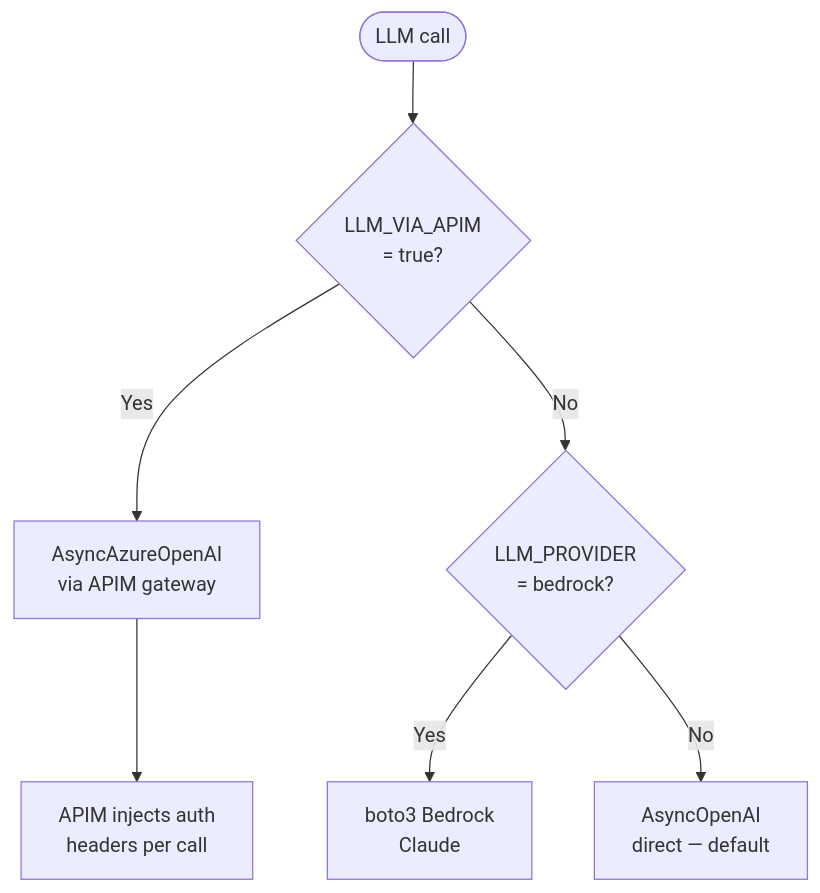
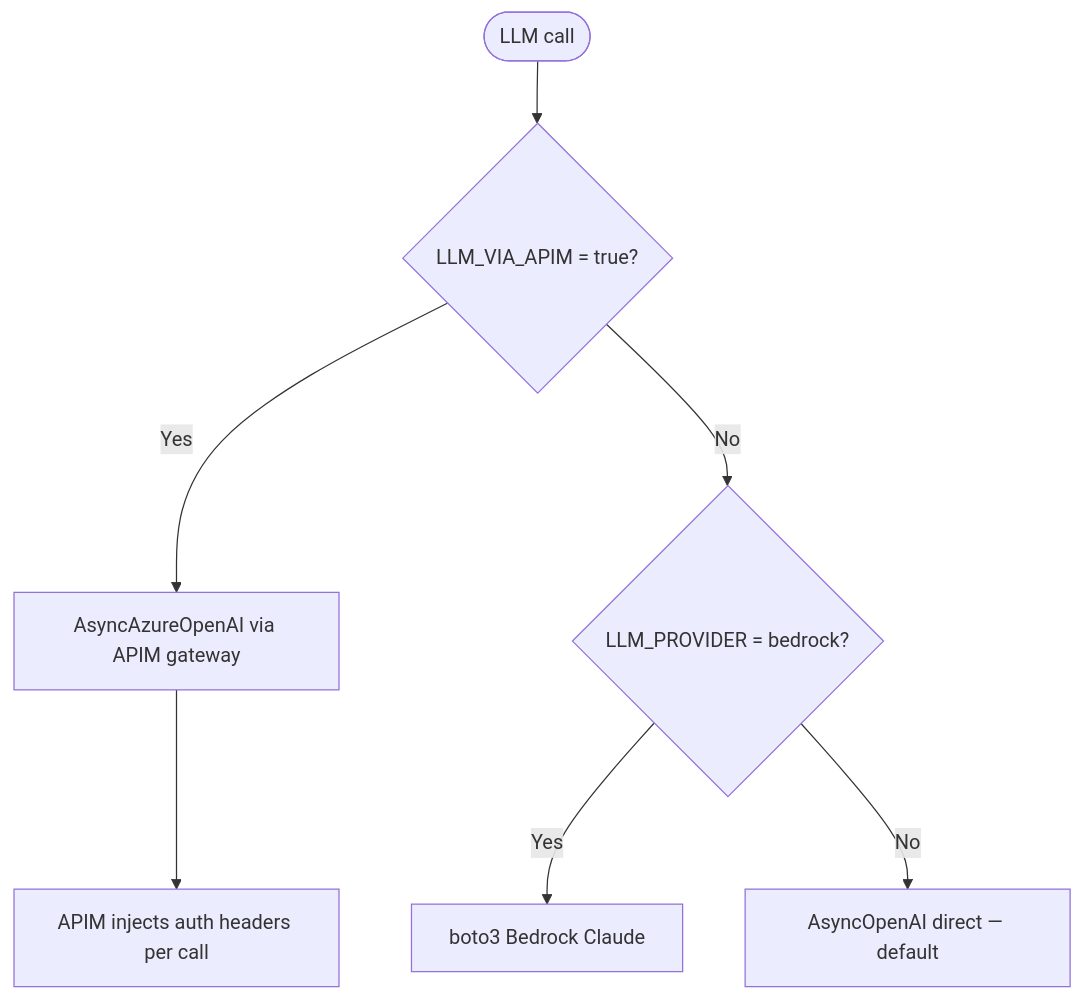
One commit to vm799/data-product-concierge changed the third of 5 diagrams in README.md. Above: the diagram before and after it, drawn with Mermaid. The commit also changed other lines of this file and 1 other file, not shown here.

````diff
--- a/README.md
+++ b/README.md
@@ -418,9 +418,9 @@
 ```mermaid
 flowchart TD
-    Start([LLM call]) --> APIM{LLM_VIA_APIM\n= true?}
-    APIM -->|Yes| AzureOAI[AsyncAzureOpenAI\nvia APIM gateway]
-    AzureOAI --> APIMHeaders[APIM injects auth\nheaders per call]
-    APIM -->|No| Bedrock{LLM_PROVIDER\n= bedrock?}
-    Bedrock -->|Yes| BRT[boto3 Bedrock\nClaude]
-    Bedrock -->|No| Direct[AsyncOpenAI\ndirect — default]
+    Start([LLM call]) --> APIM{LLM_VIA_APIM = true?}
+    APIM -->|Yes| AzureOAI[AsyncAzureOpenAI via APIM gateway]
+    AzureOAI --> APIMHeaders[APIM injects auth headers per call]
+    APIM -->|No| Bedrock{LLM_PROVIDER = bedrock?}
+    Bedrock -->|Yes| BRT[boto3 Bedrock Claude]
+    Bedrock -->|No| Direct[AsyncOpenAI direct — default]
 ```
````
